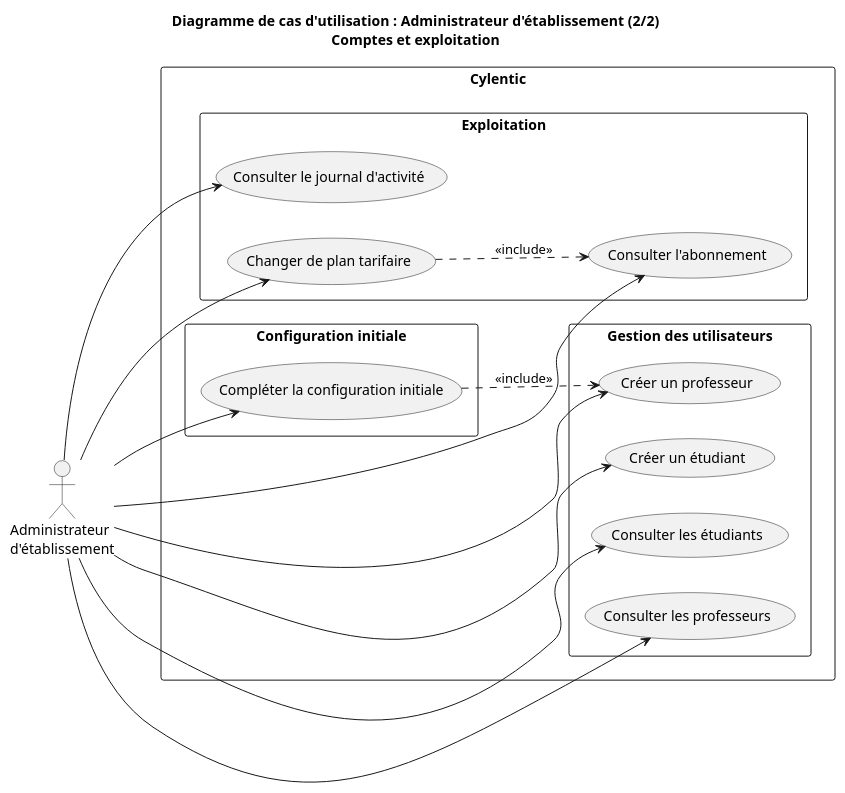
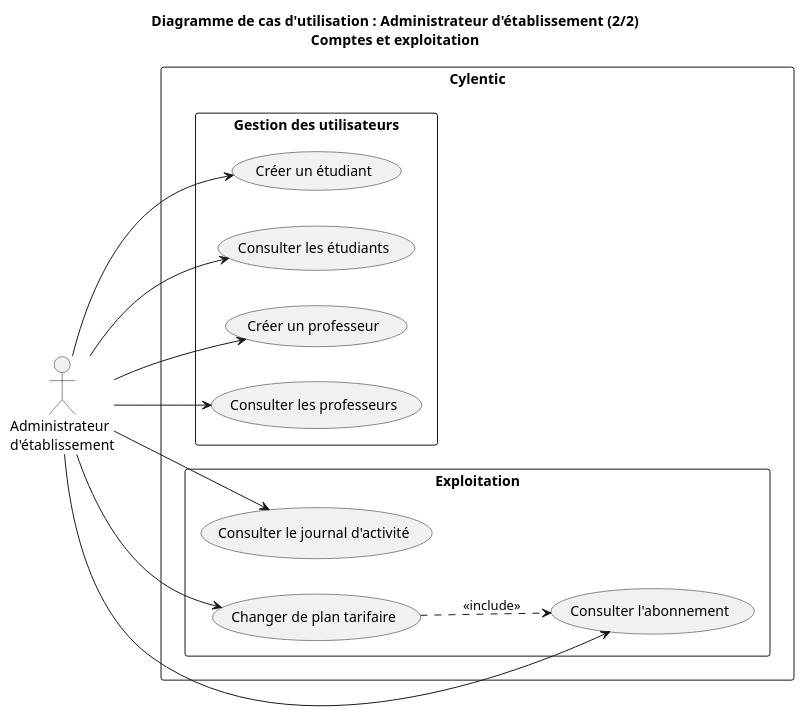
One commit to progirix/cylentic changed the diagram in docs/diagrammes/02b_usecase_admin_comptes.puml. Above: the diagram before and after it, drawn with PlantUML.

Commit message:
Ajuste la découpe des deux use cases Admin

```diff
--- a/docs/diagrammes/02b_usecase_admin_comptes.puml
+++ b/docs/diagrammes/02b_usecase_admin_comptes.puml
@@ -1,42 +1,36 @@
 @startuml
 left to right direction
 skinparam shadowing false
 skinparam packageStyle rectangle
 
 title Diagramme de cas d'utilisation : Administrateur d'établissement (2/2)\nComptes et exploitation
 
 actor "Administrateur\nd'établissement" as Admin
 
 rectangle "Cylentic" {
 
   package "Gestion des utilisateurs" {
     usecase "Créer un étudiant" as UC11
     usecase "Consulter les étudiants" as UC12
     usecase "Créer un professeur" as UC13
     usecase "Consulter les professeurs" as UC14
   }
 
   package "Exploitation" {
     usecase "Consulter le journal d'activité" as UC15
     usecase "Consulter l'abonnement" as UC16
     usecase "Changer de plan tarifaire" as UC17
   }
-
-  package "Configuration initiale" {
-    usecase "Compléter la configuration initiale" as UC4
-  }
 }
 
 Admin --> UC11
 Admin --> UC12
 Admin --> UC13
 Admin --> UC14
 Admin --> UC15
 Admin --> UC16
 Admin --> UC17
-Admin --> UC4
 
 UC17 ..> UC16 : <<include>>
-UC4 ..> UC13 : <<include>>
 
 @enduml
```
